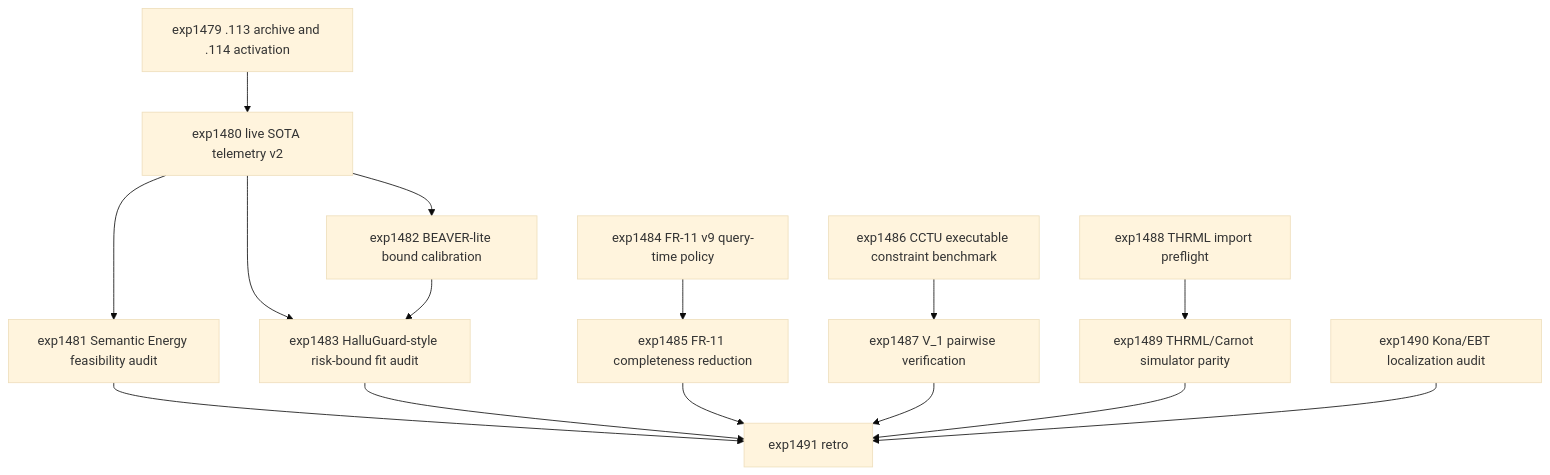
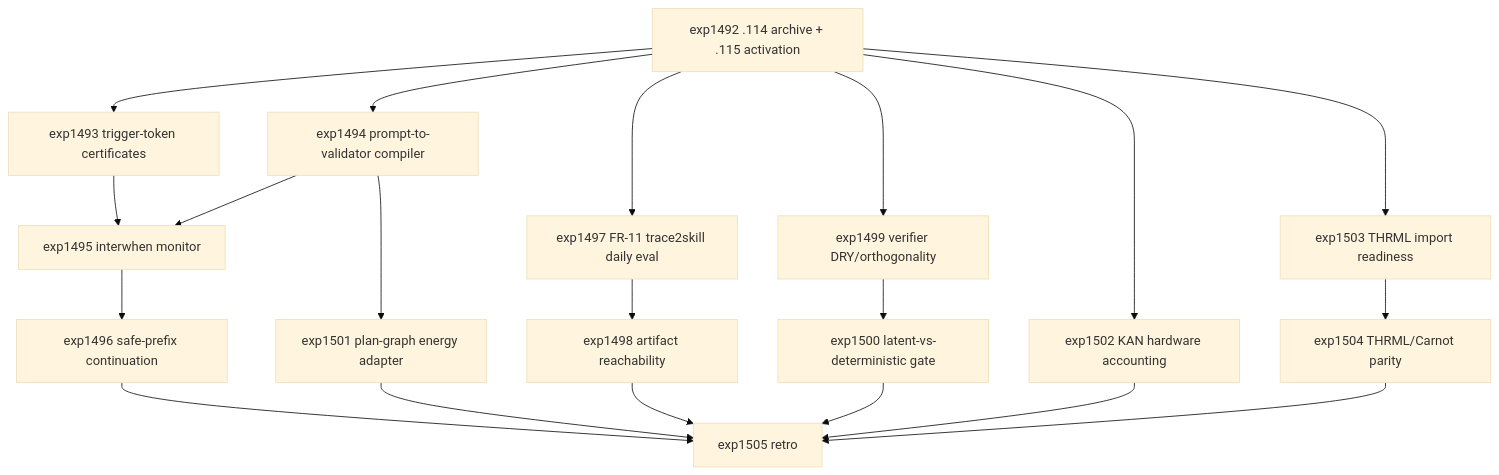
One commit to Carnot-EBM/carnot-ebm changed the diagram in openspec/change-proposals/research-roadmap-vNEXT.md. Above: the diagram before and after it, drawn with Mermaid (base theme). The commit also changed other lines of this file and 5 other files, not shown here.

````diff
--- a/openspec/change-proposals/research-roadmap-vNEXT.md
+++ b/openspec/change-proposals/research-roadmap-vNEXT.md
@@ -147,31 +143,37 @@
 ```mermaid
-graph TD
-  A[exp1479 .113 archive and .114 activation]
-  B[exp1480 live SOTA telemetry v2]
-  C[exp1481 Semantic Energy feasibility audit]
-  D[exp1482 BEAVER-lite bound calibration]
-  E[exp1483 HalluGuard-style risk-bound fit audit]
-  F[exp1484 FR-11 v9 query-time policy]
-  G[exp1485 FR-11 completeness reduction]
-  H[exp1486 CCTU executable constraint benchmark]
-  I[exp1487 V_1 pairwise verification]
-  J[exp1488 THRML import preflight]
-  K[exp1489 THRML/Carnot simulator parity]
-  L[exp1490 Kona/EBT localization audit]
-  M[exp1491 retro]
+flowchart TD
+    E1492[exp1492 .114 archive + .115 activation]
+    E1493[exp1493 trigger-token certificates]
+    E1494[exp1494 prompt-to-validator compiler]
+    E1495[exp1495 interwhen monitor]
+    E1496[exp1496 safe-prefix continuation]
+    E1497[exp1497 FR-11 trace2skill daily eval]
+    E1498[exp1498 artifact reachability]
+    E1499[exp1499 verifier DRY/orthogonality]
+    E1500[exp1500 latent-vs-deterministic gate]
+    E1501[exp1501 plan-graph energy adapter]
+    E1502[exp1502 KAN hardware accounting]
+    E1503[exp1503 THRML import readiness]
+    E1504[exp1504 THRML/Carnot parity]
+    E1505[exp1505 retro]
 
-  A --> B
-  B --> C
-  B --> D
-  B --> E
-  D --> E
-  F --> G
-  H --> I
-  J --> K
-  C --> M
-  E --> M
-  G --> M
-  I --> M
-  K --> M
-  L --> M
+    E1492 --> E1493
+    E1492 --> E1494
+    E1493 --> E1495
+    E1494 --> E1495
+    E1495 --> E1496
+    E1492 --> E1497
+    E1497 --> E1498
+    E1492 --> E1499
+    E1499 --> E1500
+    E1494 --> E1501
+    E1492 --> E1502
+    E1492 --> E1503
+    E1503 --> E1504
+    E1496 --> E1505
+    E1498 --> E1505
+    E1500 --> E1505
+    E1501 --> E1505
+    E1502 --> E1505
+    E1504 --> E1505
 ```
````
